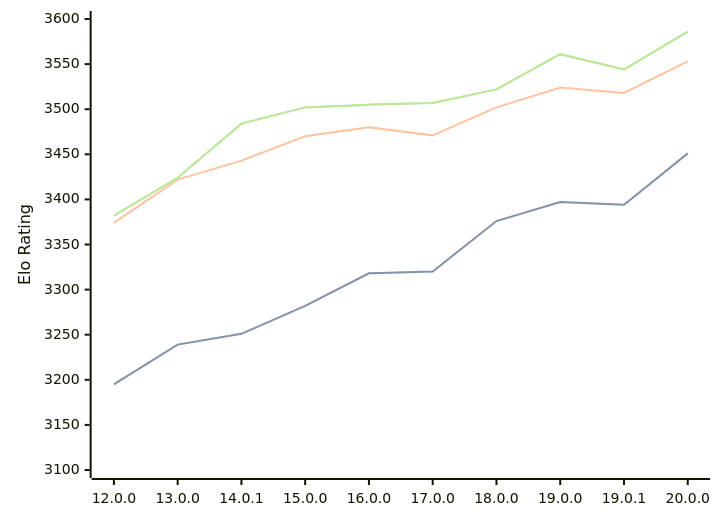
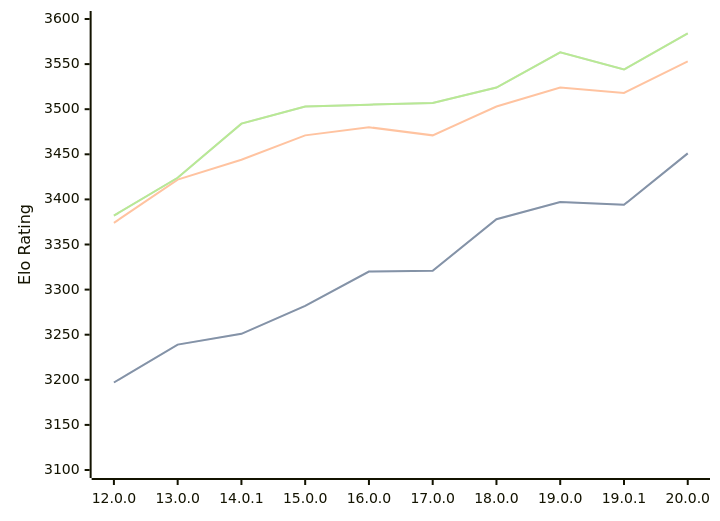
The third of 3 diagrams in engines/Viridithas.md (computer-chess-index/cci), drawn with Mermaid before and after one commit. The commit also changed other lines of this file, not shown here.

Commit message:
Update CCI Ratings (ELO VLTC) - 2026-07-13

````diff
--- a/engines/Viridithas.md
+++ b/engines/Viridithas.md
@@ -97,11 +97,11 @@
 ```mermaid
 %%{init: {"theme":"base","themeVariables":{"seriesColors:['#a3a3a3','#222221','#faa371']}}}%%
 xychart-beta
   x-axis ["12.0.0", "13.0.0", "14.0.1", "15.0.0", "16.0.0", "17.0.0", "18.0.0", "19.0.0", "19.0.1", "20.0.0"]
   y-axis "Elo Rating" 3100 --> 3600
-  line "STC (8.0+0.08s)" [3195, 3239, 3251, 3282, 3318, 3320, 3376, 3397, 3394, 3451]
-  line "STC (8.0+0.08s)" [3195, 3239, 3251, 3282, 3318, 3320, 3376, 3397, 3394, 3451]
-  line "LTC (60.0+0.60s)" [3374, 3422, 3443, 3470, 3480, 3471, 3502, 3524, 3518, 3553]
-  line "VLTC (2m24s+1.12s)" [3382, 3424, 3484, 3502, 3505, 3507, 3522, 3561, 3544, 3586]
-  line "VLTC (2m24s+1.12s)" [3382, 3424, 3484, 3502, 3505, 3507, 3522, 3561, 3544, 3586]
+  line "STC (8.0+0.08s)" [3197, 3239, 3251, 3282, 3320, 3321, 3378, 3397, 3394, 3451]
+  line "STC (8.0+0.08s)" [3197, 3239, 3251, 3282, 3320, 3321, 3378, 3397, 3394, 3451]
+  line "LTC (60.0+0.60s)" [3374, 3422, 3444, 3471, 3480, 3471, 3503, 3524, 3518, 3553]
+  line "VLTC (2m24s+1.12s)" [3382, 3424, 3484, 3503, 3505, 3507, 3524, 3563, 3544, 3584]
+  line "VLTC (2m24s+1.12s)" [3382, 3424, 3484, 3503, 3505, 3507, 3524, 3563, 3544, 3584]
 ```
````
